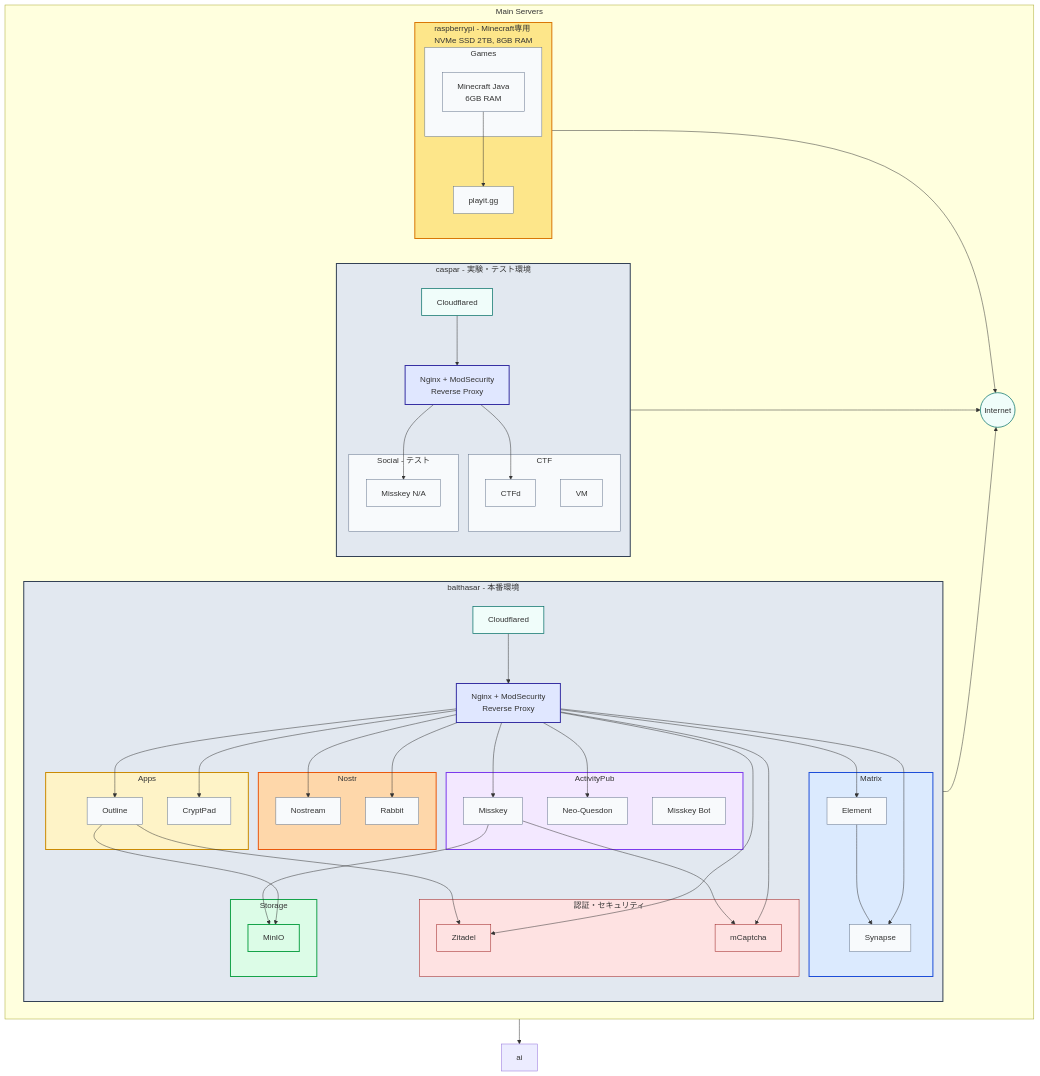
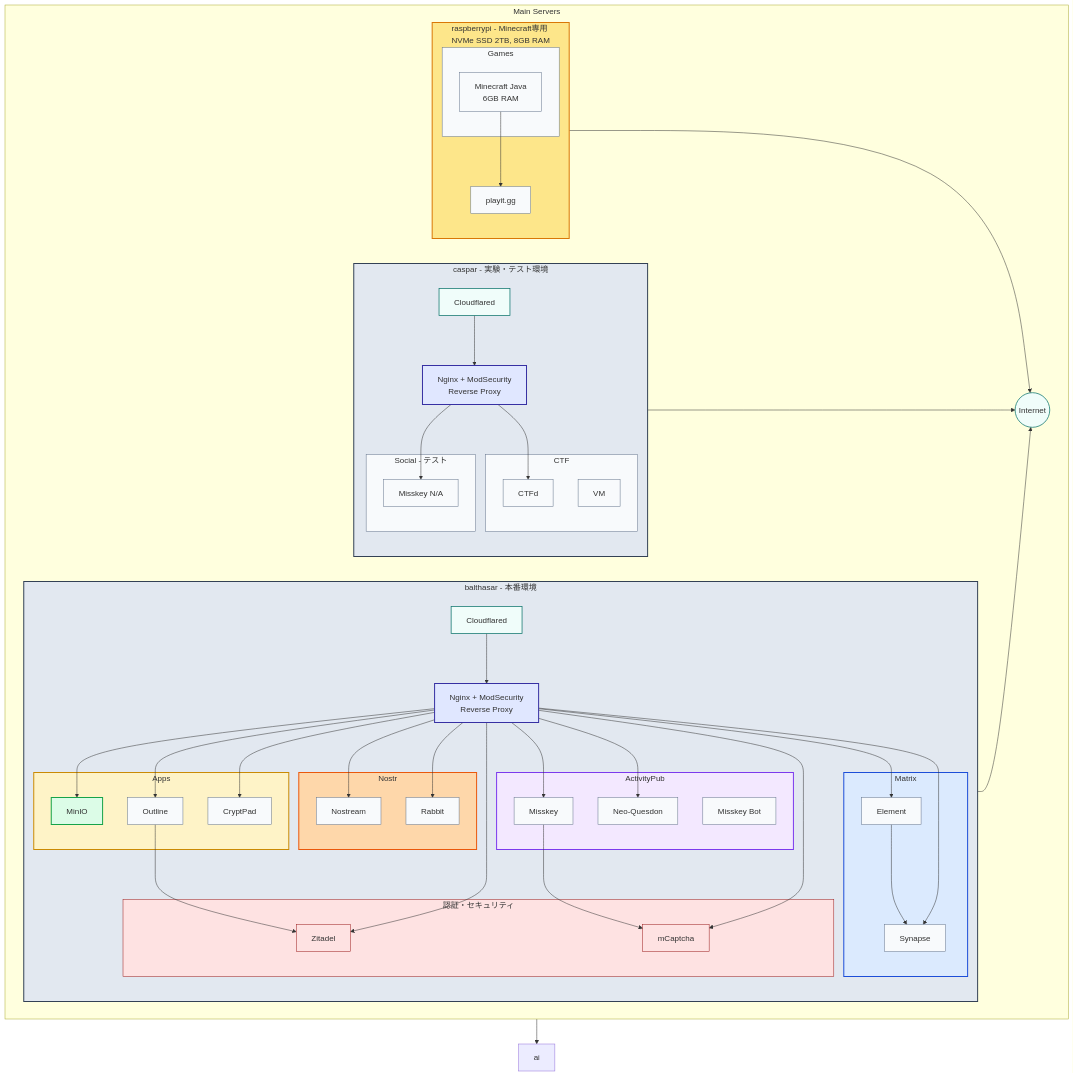
Before and after one commit to yamisskey-dev/yamisskey-host: the first of 6 diagrams in README.md, drawn with Mermaid. The commit also changed other lines of this file, not shown here.

Commit message:
docs: MinIOをローカル接続からModSecurityNginx-Cloudflared経由に変更

````diff
--- a/README.md
+++ b/README.md
@@ -46,15 +46,12 @@
             subgraph apps[Apps]
                 outline[Outline]:::service
                 cryptpad[CryptPad]:::service
+                minio[MinIO]:::storage
             end
-            
+
             subgraph auth_services[認証・セキュリティ]
                 zitadel[Zitadel]:::security
                 mcaptcha[mCaptcha]:::security
-            end
-            
-            subgraph storage_local[Storage]
-                minio[MinIO]:::storage
             end
         end
         
@@ -85,10 +82,9 @@
         internet((Internet)):::cloudflare
     end
     
-    %% Local storage connections (thick lines)
-    yamisskey --> minio
-    outline --> minio
-    
+    %% Cloudflared to MinIO connections
+    nginx_b --> minio
+
     %% Local authentication connections (within balthasar)
     outline --> zitadel
     yamisskey --> mcaptcha
@@ -134,5 +130,4 @@
     class auth_services security
     class cloudflared_b,cloudflared_c cloudflare
     class nginx_b,nginx_c proxy
-    class storage_local storage
 ```
````
